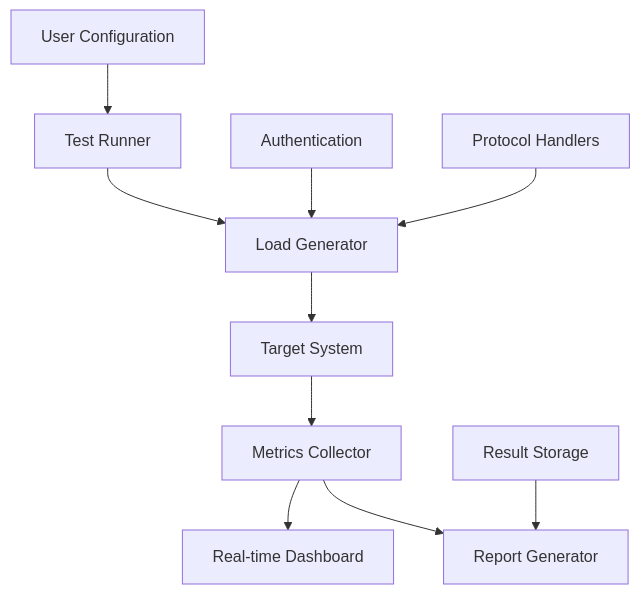
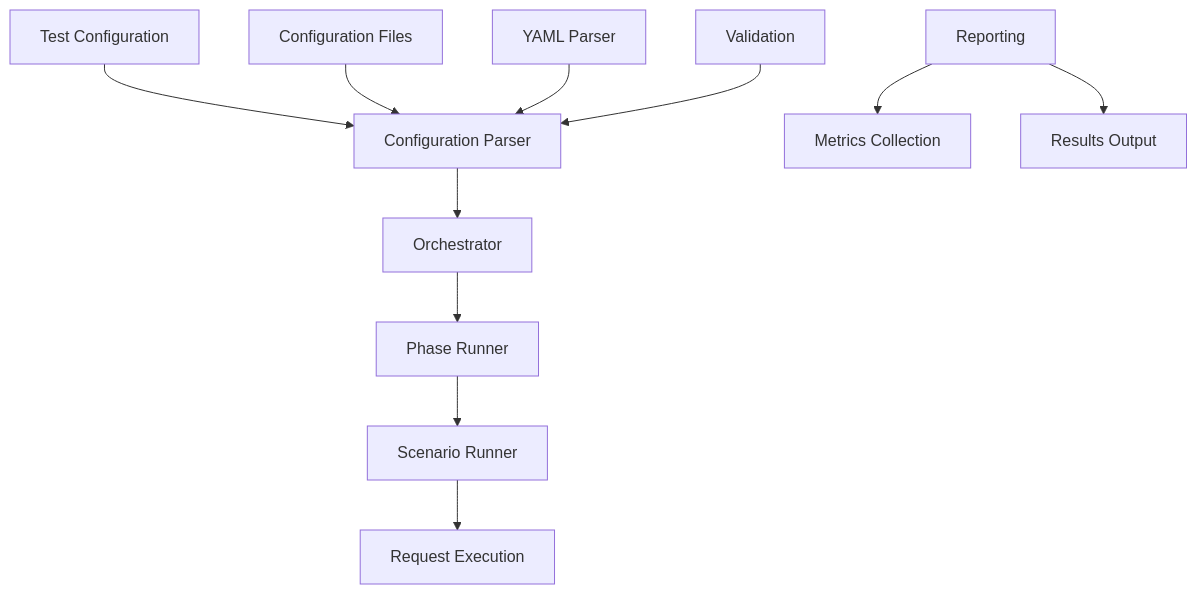
Before and after one commit to Gradual-Load-Testing/gradual: the diagram in docs/index.md, drawn with Mermaid. The commit also changed other lines of this file, not shown here.

Commit message:
Add mkdocs-mermaid2 to documentation requirements and update architecture diagram
- Added `mkdocs-mermaid2` to `requirements-docs.txt` for enhanced diagram support.
- Updated the architecture diagram in `index.md` to reflect changes in the configuration flow and components.

````diff
--- a/docs/index.md
+++ b/docs/index.md
@@ -35,13 +36,15 @@
 ```mermaid
 graph TB
-    A[User Configuration] --> B[Test Runner]
-    B --> C[Load Generator]
-    C --> D[Target System]
-    D --> E[Metrics Collector]
-    E --> F[Real-time Dashboard]
-    E --> G[Report Generator]
+    A[Test Configuration] --> B[Configuration Parser]
+    B --> C[Orchestrator]
+    C --> D[Phase Runner]
+    D --> E[Scenario Runner]
+    E --> F[Request Execution]
     
-    H[Authentication] --> C
-    I[Protocol Handlers] --> C
-    J[Result Storage] --> G
+    G[Reporting] --> H[Metrics Collection]
+    G --> I[Results Output]
+    
+    J[Configuration Files] --> B
+    K[YAML Parser] --> B
+    L[Validation] --> B
 ```
````
